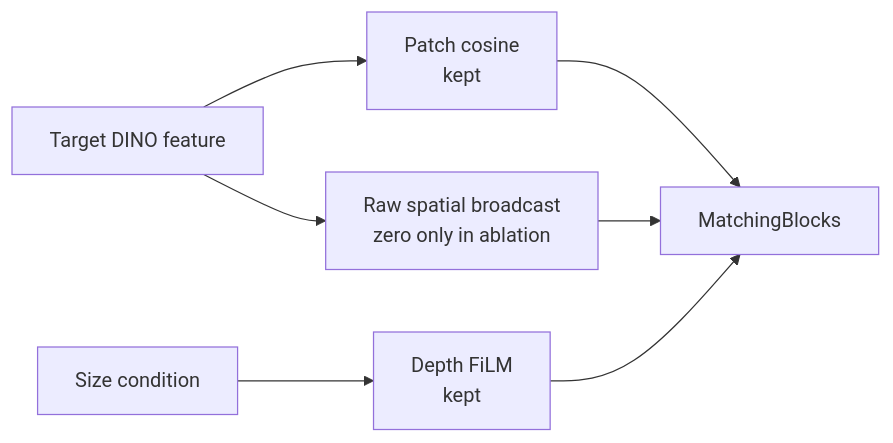
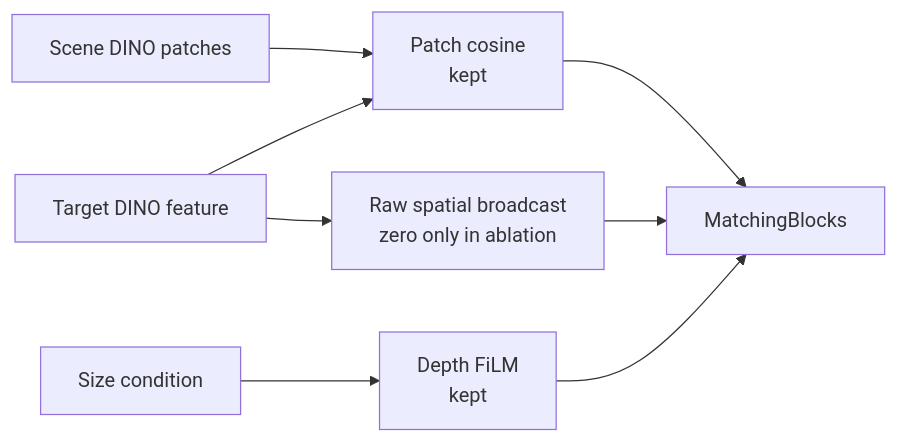
Before and after one commit to JeonHaneul/2D-PDM_DINOv3: the sixth of 6 diagrams in README.md, drawn with Mermaid. The commit also changed other lines of this file and 1 other file, not shown here.

````diff
--- a/README.md
+++ b/README.md
@@ -1242,9 +1239,10 @@
 ```mermaid
 flowchart LR
+    S["Scene DINO patches"] --> C
     T["Target DINO feature"] --> C["Patch cosine<br/>kept"]
     T --> B["Raw spatial broadcast<br/>zero only in ablation"]
     G["Size condition"] --> F["Depth FiLM<br/>kept"]
     C --> M["MatchingBlocks"]
     B --> M
     F --> M
 ```
````
